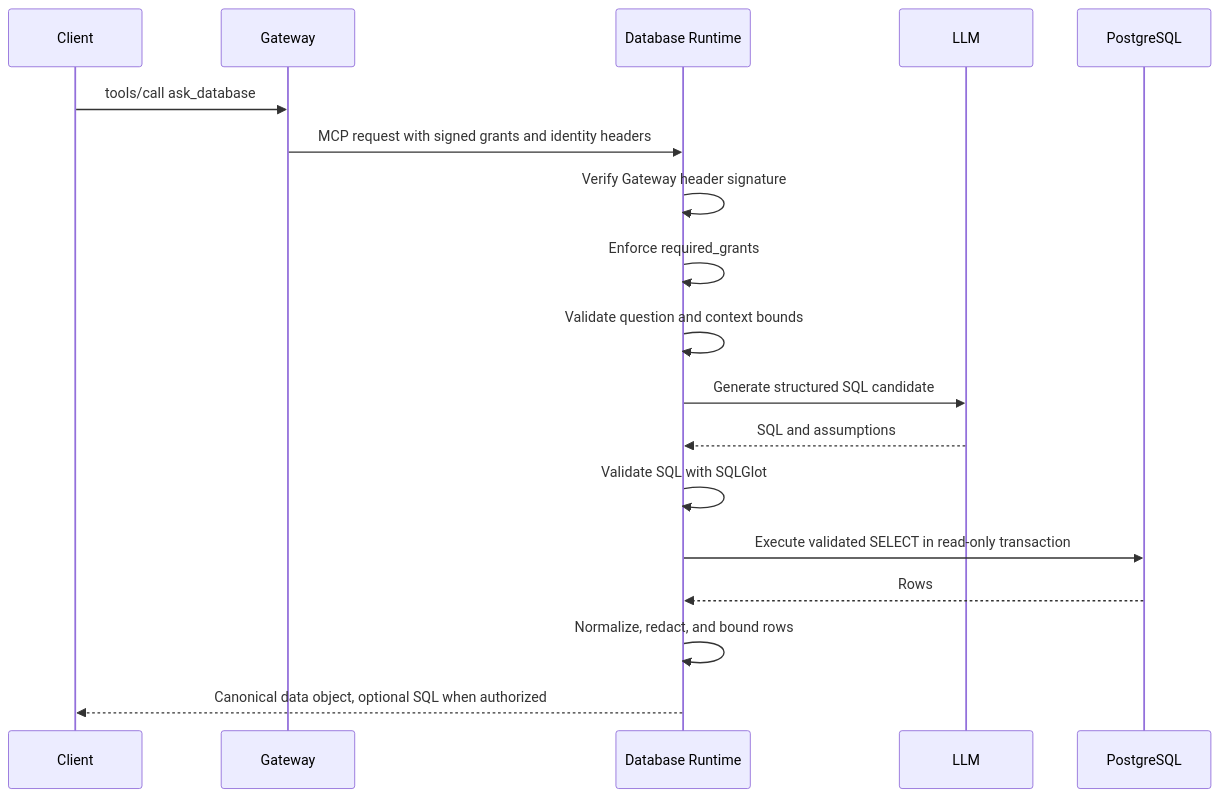
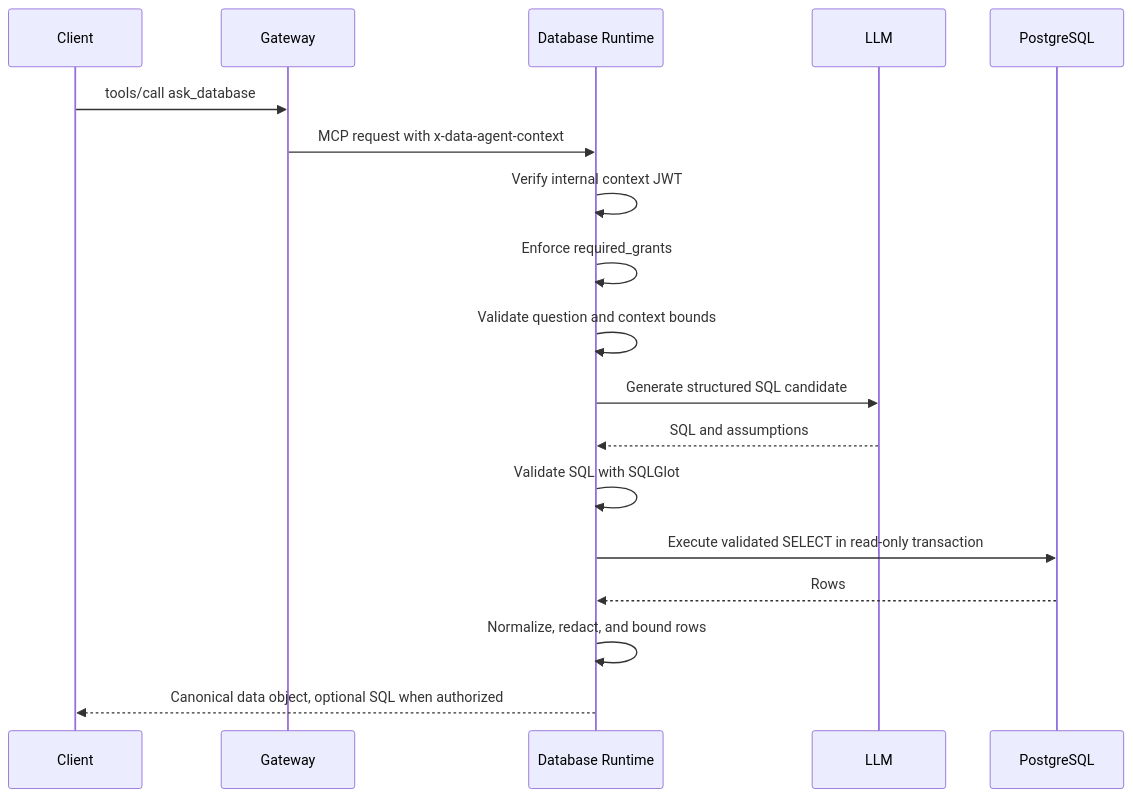
One commit to nogj/aws-data-agentcore changed the diagram in docs/database_runtime.md. Above: the diagram before and after it, drawn with Mermaid. The commit also changed other lines of this file and 17 other files, not shown here.

Commit message:
Switch to internal JWT auth model

````diff
--- a/docs/database_runtime.md
+++ b/docs/database_runtime.md
@@ -81,21 +82,21 @@
 ```mermaid
 sequenceDiagram
     participant Client
     participant Gateway
     participant Runtime as Database Runtime
     participant LLM
     participant DB as PostgreSQL
 
     Client->>Gateway: tools/call ask_database
-    Gateway->>Runtime: MCP request with signed grants and identity headers
-    Runtime->>Runtime: Verify Gateway header signature
+    Gateway->>Runtime: MCP request with x-data-agent-context
+    Runtime->>Runtime: Verify internal context JWT
     Runtime->>Runtime: Enforce required_grants
     Runtime->>Runtime: Validate question and context bounds
     Runtime->>LLM: Generate structured SQL candidate
     LLM-->>Runtime: SQL and assumptions
     Runtime->>Runtime: Validate SQL with SQLGlot
     Runtime->>DB: Execute validated SELECT in read-only transaction
     DB-->>Runtime: Rows
     Runtime->>Runtime: Normalize, redact, and bound rows
     Runtime-->>Client: Canonical data object, optional SQL when authorized
 ```
````
